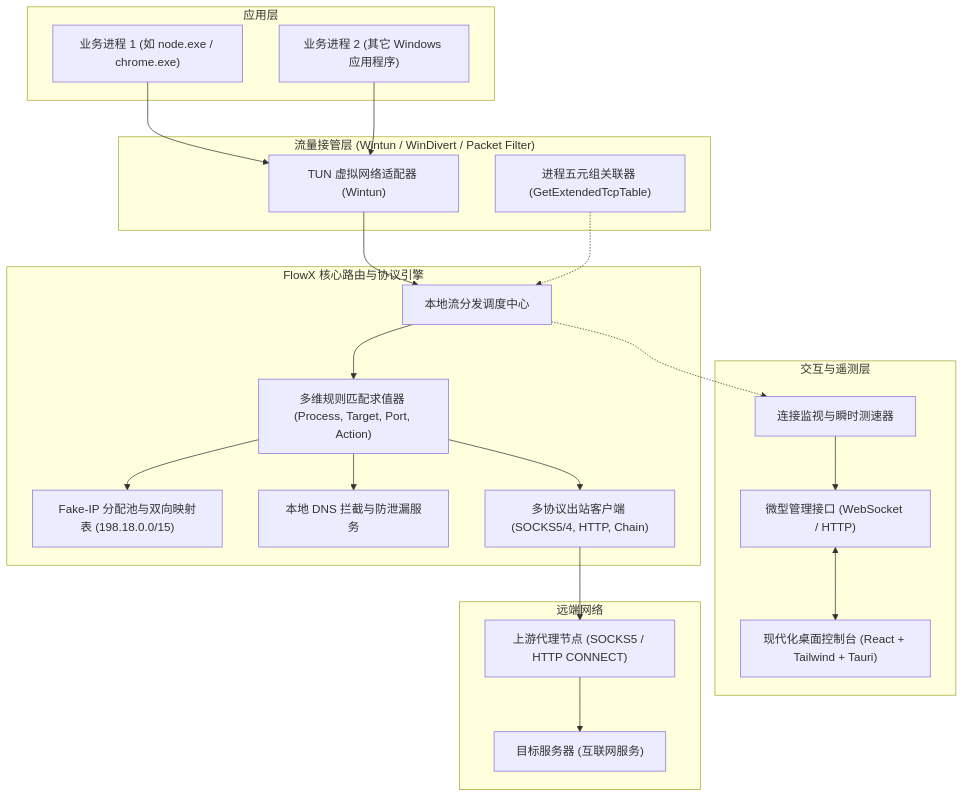
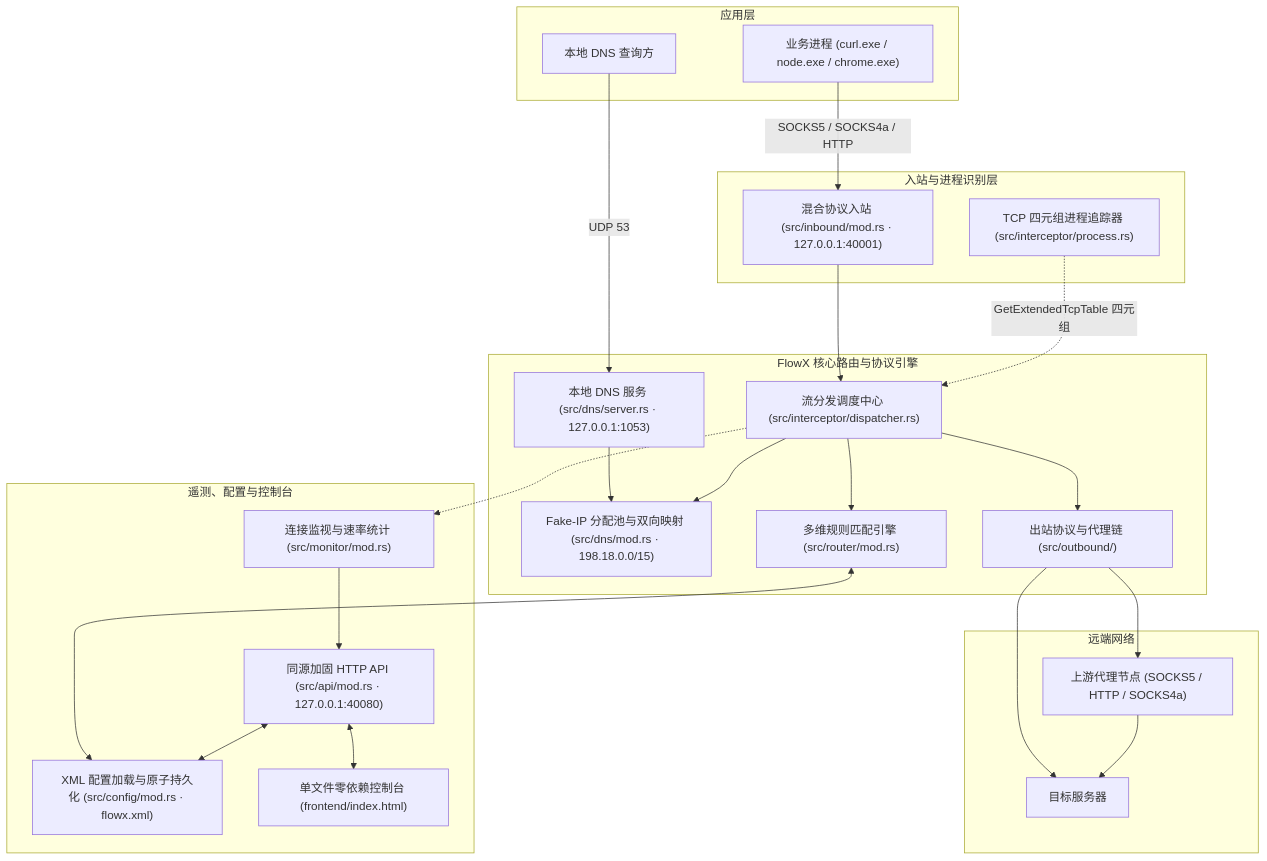
Before and after one commit to sLingli/FlowX: the diagram in ARCHITECTURE.md, drawn with Mermaid. The commit also changed other lines of this file and 1 other file, not shown here.

Commit message:
docs: align ARCHITECTURE.md with current design and add README.md

````diff
--- a/ARCHITECTURE.md
+++ b/ARCHITECTURE.md
@@ -11,45 +11,49 @@
 ```mermaid
 flowchart TD
     subgraph AppLayer ["应用层"]
-        A1["业务进程 1 (如 node.exe / chrome.exe)"]
-        A2["业务进程 2 (其它 Windows 应用程序)"]
+        A1["业务进程 (curl.exe / node.exe / chrome.exe)"]
+        A2["本地 DNS 查询方"]
     end
 
-    subgraph InterceptionLayer ["流量接管层 (Wintun / WinDivert / Packet Filter)"]
-        TunEngine["TUN 虚拟网络适配器 (Wintun)"]
-        ProcessTracker["进程五元组关联器 (GetExtendedTcpTable)"]
+    subgraph InterceptionLayer ["入站与进程识别层"]
+        MixedInbound["混合协议入站 (src/inbound/mod.rs · 127.0.0.1:40001)"]
+        ProcessTracker["TCP 四元组进程追踪器 (src/interceptor/process.rs)"]
     end
 
     subgraph CoreEngine ["FlowX 核心路由与协议引擎"]
-        LocalRedirect["本地流分发调度中心"]
-        FakeIpEngine["Fake-IP 分配池与双向映射表 (198.18.0.0/15)"]
-        DnsServer["本地 DNS 拦截与防泄漏服务"]
-        RouterEngine["多维规则匹配求值器 (Process, Target, Port, Action)"]
-        OutboundMgr["多协议出站客户端 (SOCKS5/4, HTTP, Chain)"]
+        Dispatcher["流分发调度中心 (src/interceptor/dispatcher.rs)"]
+        FakeIpEngine["Fake-IP 分配池与双向映射 (src/dns/mod.rs · 198.18.0.0/15)"]
+        DnsServer["本地 DNS 服务 (src/dns/server.rs · 127.0.0.1:1053)"]
+        RouterEngine["多维规则匹配引擎 (src/router/mod.rs)"]
+        OutboundMgr["出站协议与代理链 (src/outbound/)"]
     end
 
-    subgraph PresentationLayer ["交互与遥测层"]
-        Telemetry["连接监视与瞬时测速器"]
-        ApiServer["微型管理接口 (WebSocket / HTTP)"]
-        WebDashboard["现代化桌面控制台 (React + Tailwind + Tauri)"]
+    subgraph PresentationLayer ["遥测、配置与控制台"]
+        Monitor["连接监视与速率统计 (src/monitor/mod.rs)"]
+        ConfigStore["XML 配置加载与原子持久化 (src/config/mod.rs · flowx.xml)"]
+        ApiServer["同源加固 HTTP API (src/api/mod.rs · 127.0.0.1:40080)"]
+        WebDashboard["单文件零依赖控制台 (frontend/index.html)"]
     end
 
     subgraph RemoteNetwork ["远端网络"]
-        ProxyNode["上游代理节点 (SOCKS5 / HTTP CONNECT)"]
-        TargetHost["目标服务器 (互联网服务)"]
+        ProxyNode["上游代理节点 (SOCKS5 / HTTP / SOCKS4a)"]
+        TargetHost["目标服务器"]
     end
 
-    A1 --> TunEngine
-    A2 --> TunEngine
-    TunEngine --> LocalRedirect
-    ProcessTracker -.-> LocalRedirect
-    LocalRedirect --> RouterEngine
-    RouterEngine --> FakeIpEngine
-    RouterEngine --> DnsServer
-    RouterEngine --> OutboundMgr
+    A1 -->|"SOCKS5 / SOCKS4a / HTTP"| MixedInbound
+    A2 -->|"UDP 53"| DnsServer
+    DnsServer --> FakeIpEngine
+    MixedInbound --> Dispatcher
+    ProcessTracker -.->|"GetExtendedTcpTable 四元组"| Dispatcher
+    Dispatcher --> FakeIpEngine
+    Dispatcher --> RouterEngine
+    Dispatcher --> OutboundMgr
     OutboundMgr --> ProxyNode
+    OutboundMgr --> TargetHost
     ProxyNode --> TargetHost
-    LocalRedirect -.-> Telemetry
-    Telemetry --> ApiServer
+    Dispatcher -.-> Monitor
+    Monitor --> ApiServer
+    RouterEngine <--> ConfigStore
+    ApiServer <--> ConfigStore
     ApiServer <--> WebDashboard
 ```
````
